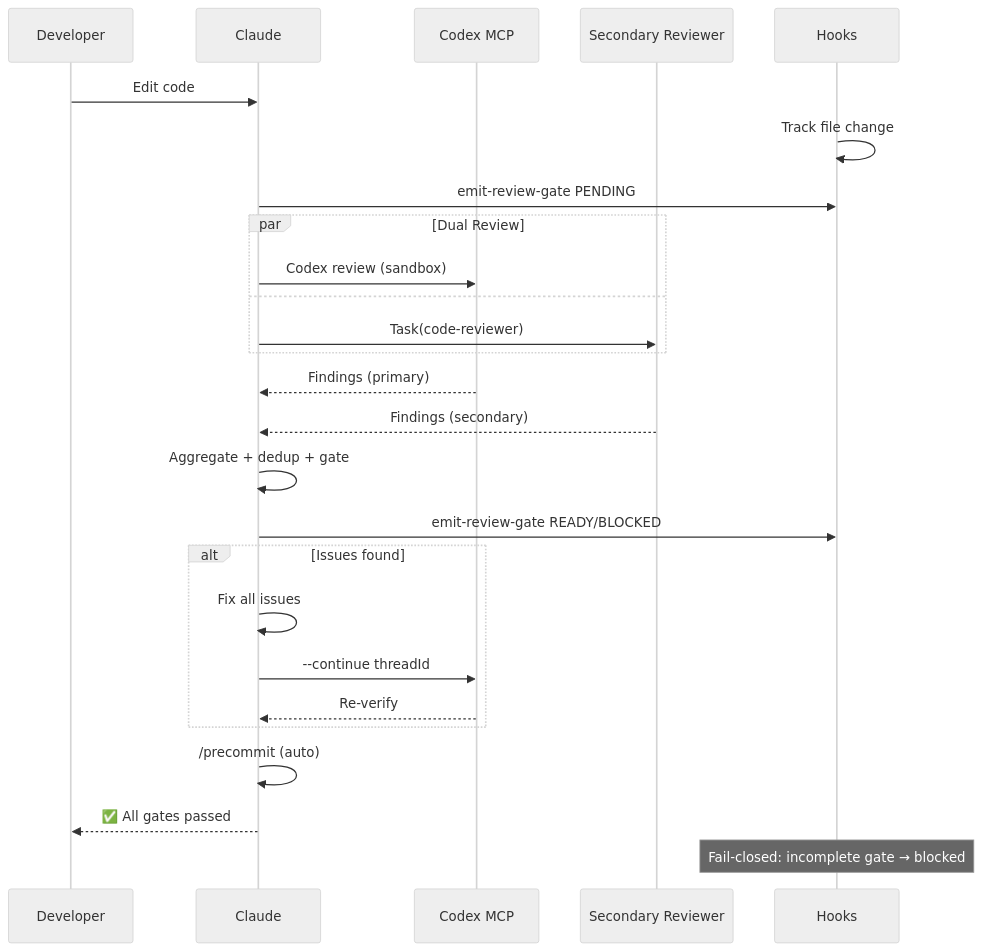
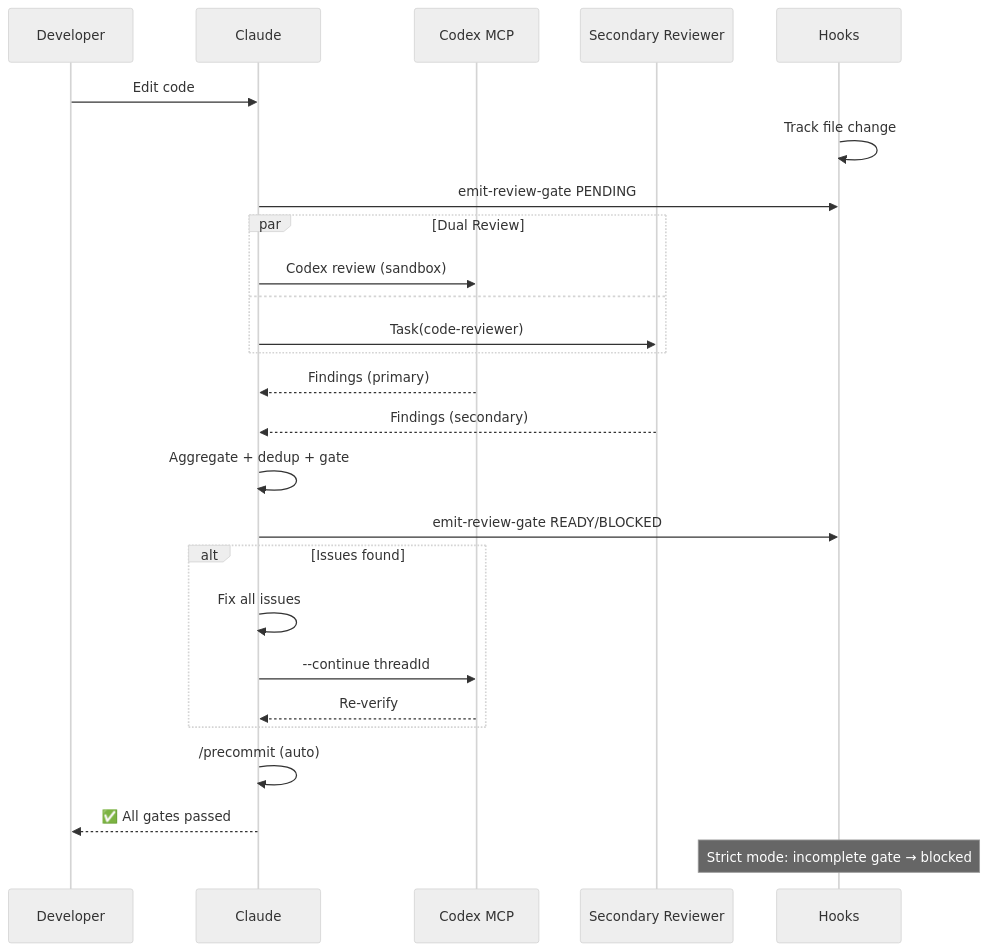
One commit to jupiter-Pulin/Uranus-dev-flow changed the second of 3 diagrams in README.es.md. Above: the diagram before and after it, drawn with Mermaid (neutral theme). The commit also changed other lines of this file and 7 other files, not shown here.

````diff
--- a/README.es.md
+++ b/README.es.md
@@ -47,32 +56,32 @@
 ```mermaid
 sequenceDiagram
     participant D as Developer
     participant C as Claude
     participant X as Codex MCP
     participant T as Secondary Reviewer
     participant H as Hooks
 
     D->>C: Edit code
     H->>H: Track file change
     C->>H: emit-review-gate PENDING
     par Dual Review
         C->>X: Codex review (sandbox)
     and
         C->>T: Task(code-reviewer)
     end
     X-->>C: Findings (primary)
     T-->>C: Findings (secondary)
     C->>C: Aggregate + dedup + gate
     C->>H: emit-review-gate READY/BLOCKED
 
     alt Issues found
         C->>C: Fix all issues
         C->>X: --continue threadId
         X-->>C: Re-verify
     end
 
     C->>C: /precommit (auto)
     C-->>D: ✅ All gates passed
 
-    Note over H: Fail-closed: incomplete gate → blocked
+    Note over H: Strict mode: incomplete gate → blocked
 ```
````
